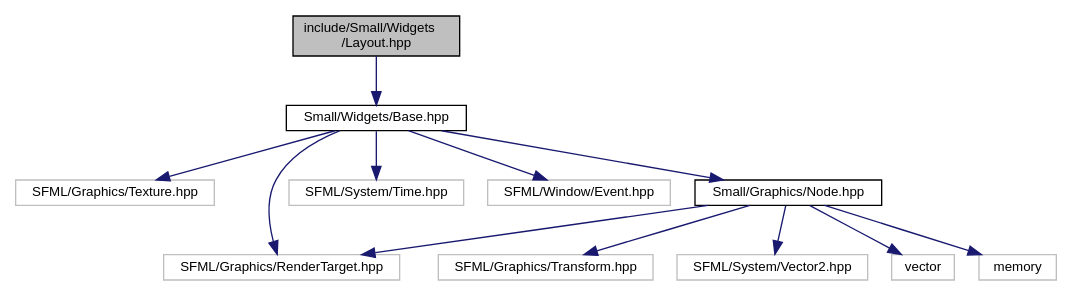
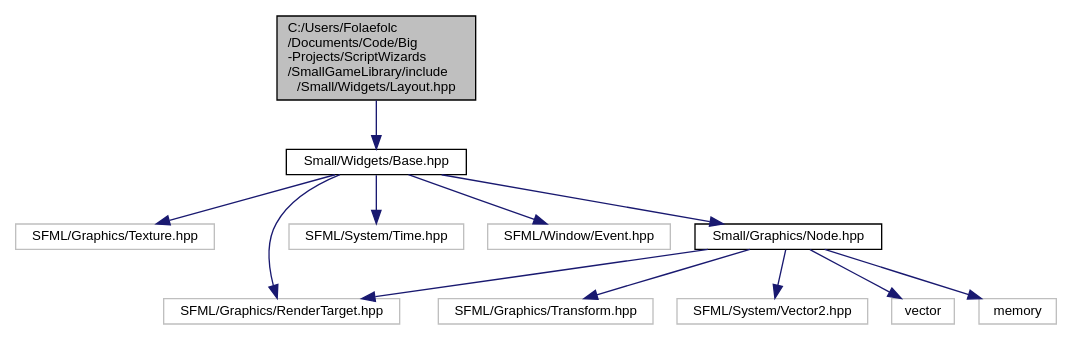
The diagram in de/d33/Layout_8hpp__incl.dot (ScriptWizards/documentation), drawn with Graphviz before and after one commit. The commit also changed 587 other files, not shown here.

```diff
--- a/de/d33/Layout_8hpp__incl.dot
+++ b/de/d33/Layout_8hpp__incl.dot
@@ -1,28 +1,28 @@
-digraph "include/Small/Widgets/Layout.hpp"
+digraph "C:/Users/Folaefolc/Documents/Code/Big-Projects/ScriptWizards/SmallGameLibrary/include/Small/Widgets/Layout.hpp"
 {
  // INTERACTIVE_SVG=YES
   edge [fontname="Helvetica",fontsize="10",labelfontname="Helvetica",labelfontsize="10"];
   node [fontname="Helvetica",fontsize="10",shape=record];
-  Node1 [label="include/Small/Widgets\l/Layout.hpp",height=0.2,width=0.4,color="black", fillcolor="grey75", style="filled", fontcolor="black"];
+  Node1 [label="C:/Users/Folaefolc\l/Documents/Code/Big\l-Projects/ScriptWizards\l/SmallGameLibrary/include\l/Small/Widgets/Layout.hpp",height=0.2,width=0.4,color="black", fillcolor="grey75", style="filled", fontcolor="black"];
   Node1 -> Node2 [color="midnightblue",fontsize="10",style="solid",fontname="Helvetica"];
   Node2 [label="Small/Widgets/Base.hpp",height=0.2,width=0.4,color="black", fillcolor="white", style="filled",URL="$d3/db2/Base_8hpp.html",tooltip="Contain base classes to create interoperable SFML widgets. "];
   Node2 -> Node3 [color="midnightblue",fontsize="10",style="solid",fontname="Helvetica"];
   Node3 [label="SFML/Graphics/Texture.hpp",height=0.2,width=0.4,color="grey75", fillcolor="white", style="filled"];
   Node2 -> Node4 [color="midnightblue",fontsize="10",style="solid",fontname="Helvetica"];
   Node4 [label="SFML/Graphics/RenderTarget.hpp",height=0.2,width=0.4,color="grey75", fillcolor="white", style="filled"];
   Node2 -> Node5 [color="midnightblue",fontsize="10",style="solid",fontname="Helvetica"];
   Node5 [label="SFML/System/Time.hpp",height=0.2,width=0.4,color="grey75", fillcolor="white", style="filled"];
   Node2 -> Node6 [color="midnightblue",fontsize="10",style="solid",fontname="Helvetica"];
   Node6 [label="SFML/Window/Event.hpp",height=0.2,width=0.4,color="grey75", fillcolor="white", style="filled"];
   Node2 -> Node7 [color="midnightblue",fontsize="10",style="solid",fontname="Helvetica"];
   Node7 [label="Small/Graphics/Node.hpp",height=0.2,width=0.4,color="black", fillcolor="white", style="filled",URL="$d7/dc6/Node_8hpp.html",tooltip="A scene graph node. "];
   Node7 -> Node4 [color="midnightblue",fontsize="10",style="solid",fontname="Helvetica"];
   Node7 -> Node8 [color="midnightblue",fontsize="10",style="solid",fontname="Helvetica"];
   Node8 [label="SFML/Graphics/Transform.hpp",height=0.2,width=0.4,color="grey75", fillcolor="white", style="filled"];
   Node7 -> Node9 [color="midnightblue",fontsize="10",style="solid",fontname="Helvetica"];
   Node9 [label="SFML/System/Vector2.hpp",height=0.2,width=0.4,color="grey75", fillcolor="white", style="filled"];
   Node7 -> Node10 [color="midnightblue",fontsize="10",style="solid",fontname="Helvetica"];
   Node10 [label="vector",height=0.2,width=0.4,color="grey75", fillcolor="white", style="filled"];
   Node7 -> Node11 [color="midnightblue",fontsize="10",style="solid",fontname="Helvetica"];
   Node11 [label="memory",height=0.2,width=0.4,color="grey75", fillcolor="white", style="filled"];
 }
```
